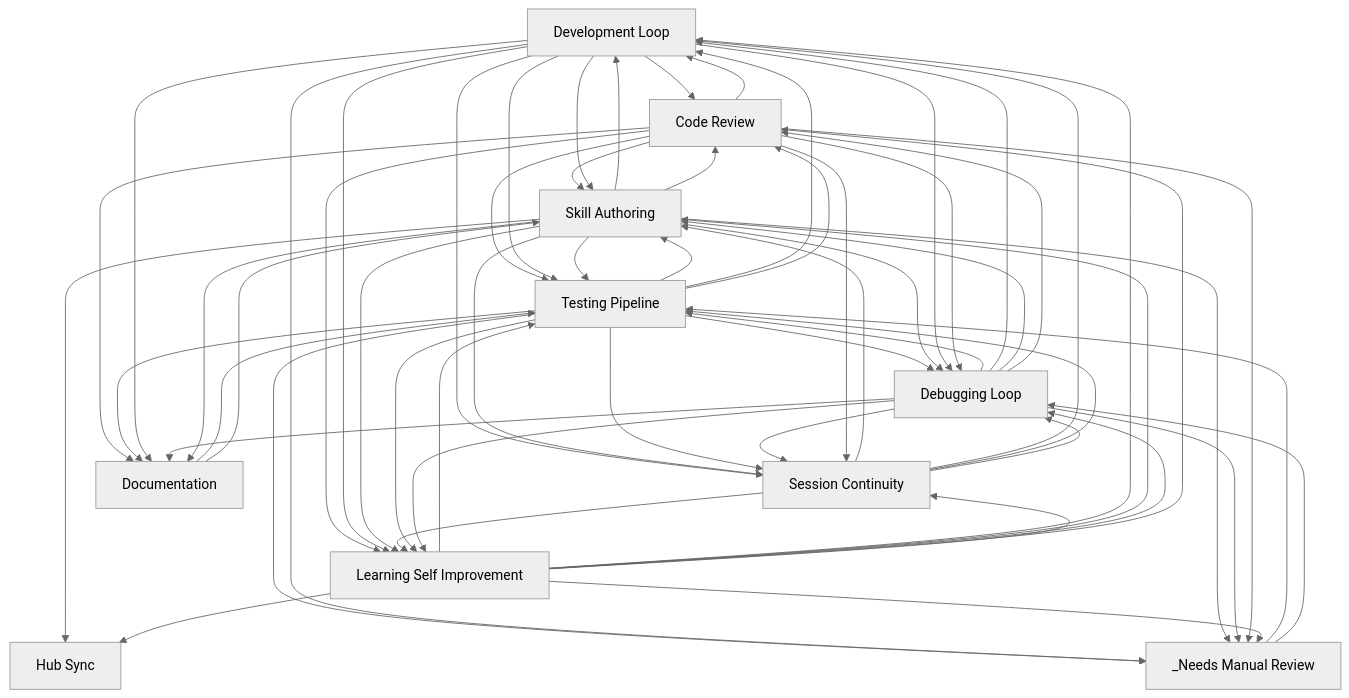
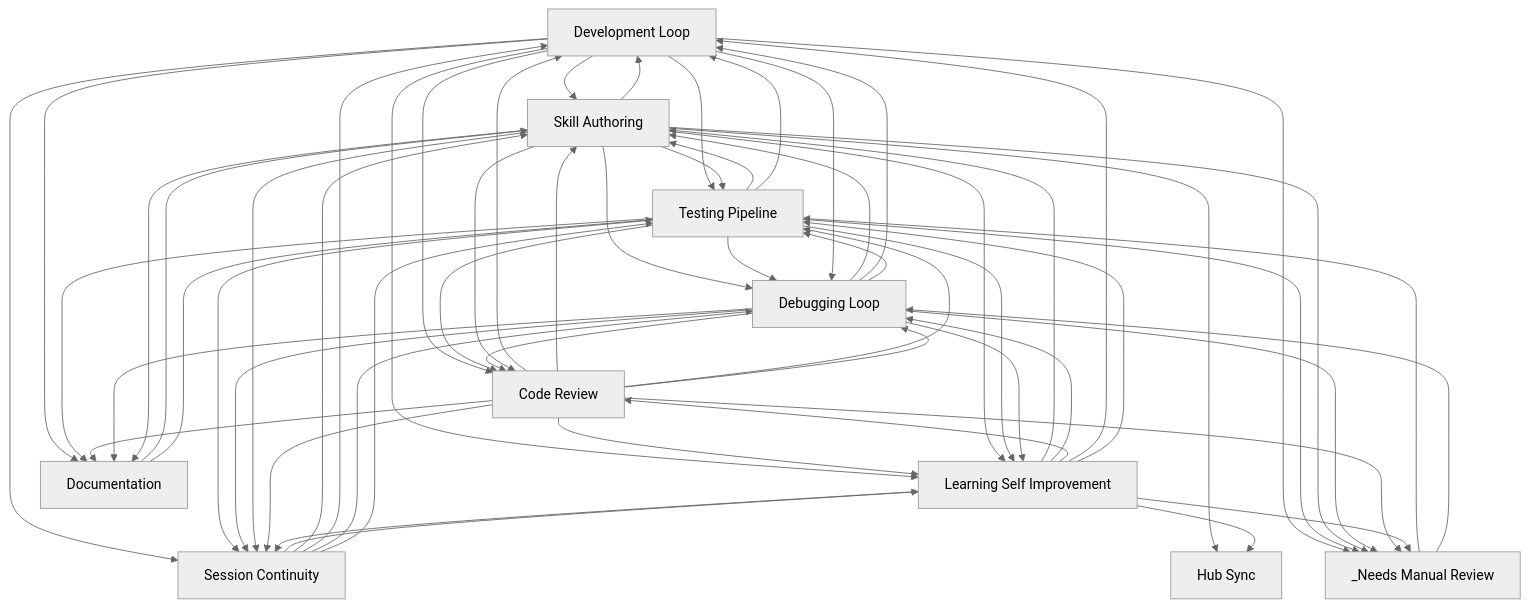
The diagram in docs/workflows/INDEX.md (abhayla/claude-best-practices), drawn with Mermaid (neutral theme) before and after one commit. The commit also changed other lines of this file and 12 other files, not shown here.

````diff
--- a/docs/workflows/INDEX.md
+++ b/docs/workflows/INDEX.md
@@ -22,71 +22,71 @@
 ```mermaid
 graph TD
     development_loop[Development Loop]
     testing_pipeline[Testing Pipeline]
     debugging_loop[Debugging Loop]
     learning_self_improvement[Learning Self Improvement]
     session_continuity[Session Continuity]
     skill_authoring[Skill Authoring]
     code_review[Code Review]
     documentation[Documentation]
     hub_sync[Hub Sync]
     _needs_manual_review[_Needs Manual Review]
+    documentation --> skill_authoring
     documentation --> testing_pipeline
-    documentation --> skill_authoring
+    development_loop --> skill_authoring
+    development_loop --> code_review
     code_review --> development_loop
     code_review --> skill_authoring
-    development_loop --> code_review
-    development_loop --> skill_authoring
+    development_loop --> testing_pipeline
+    development_loop --> learning_self_improvement
     code_review --> testing_pipeline
     code_review --> learning_self_improvement
-    development_loop --> testing_pipeline
-    development_loop --> learning_self_improvement
+    skill_authoring --> testing_pipeline
     testing_pipeline --> skill_authoring
-    skill_authoring --> testing_pipeline
+    skill_authoring --> development_loop
+    skill_authoring --> debugging_loop
     testing_pipeline --> development_loop
     testing_pipeline --> debugging_loop
-    skill_authoring --> development_loop
-    skill_authoring --> debugging_loop
     testing_pipeline --> code_review
-    debugging_loop --> testing_pipeline
-    debugging_loop --> development_loop
     debugging_loop --> skill_authoring
     debugging_loop --> code_review
+    debugging_loop --> development_loop
+    debugging_loop --> testing_pipeline
     development_loop --> debugging_loop
     skill_authoring --> code_review
     skill_authoring --> learning_self_improvement
+    development_loop --> _needs_manual_review
     testing_pipeline --> _needs_manual_review
-    development_loop --> _needs_manual_review
+    development_loop --> documentation
+    testing_pipeline --> documentation
     code_review --> documentation
-    testing_pipeline --> documentation
-    development_loop --> documentation
+    development_loop --> session_continuity
     session_continuity --> learning_self_improvement
-    development_loop --> session_continuity
     _needs_manual_review --> testing_pipeline
-    skill_authoring --> session_continuity
     testing_pipeline --> session_continuity
     debugging_loop --> session_continuity
+    skill_authoring --> session_continuity
     _needs_manual_review --> debugging_loop
     testing_pipeline --> learning_self_improvement
     debugging_loop --> learning_self_improvement
-    learning_self_improvement --> testing_pipeline
-    learning_self_improvement --> development_loop
     learning_self_improvement --> skill_authoring
     learning_self_improvement --> debugging_loop
     learning_self_improvement --> code_review
+    learning_self_improvement --> development_loop
+    learning_self_improvement --> testing_pipeline
     code_review --> debugging_loop
     skill_authoring --> _needs_manual_review
     debugging_loop --> _needs_manual_review
     code_review --> _needs_manual_review
+    code_review --> session_continuity
     learning_self_improvement --> session_continuity
-    code_review --> session_continuity
     session_continuity --> skill_authoring
     debugging_loop --> documentation
     session_continuity --> development_loop
+    session_continuity --> debugging_loop
     session_continuity --> testing_pipeline
-    session_continuity --> debugging_loop
     skill_authoring --> hub_sync
     learning_self_improvement --> hub_sync
     learning_self_improvement --> _needs_manual_review
     skill_authoring --> documentation
 ```
````
